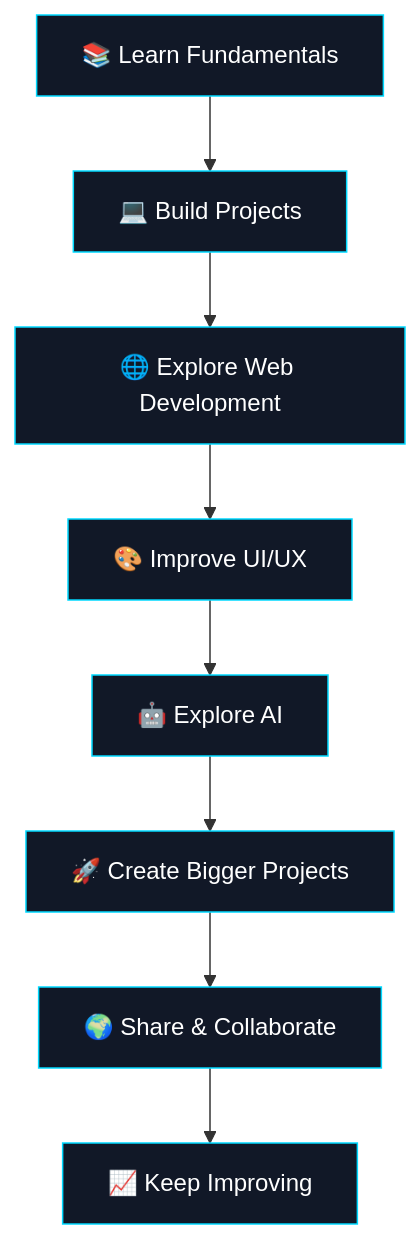
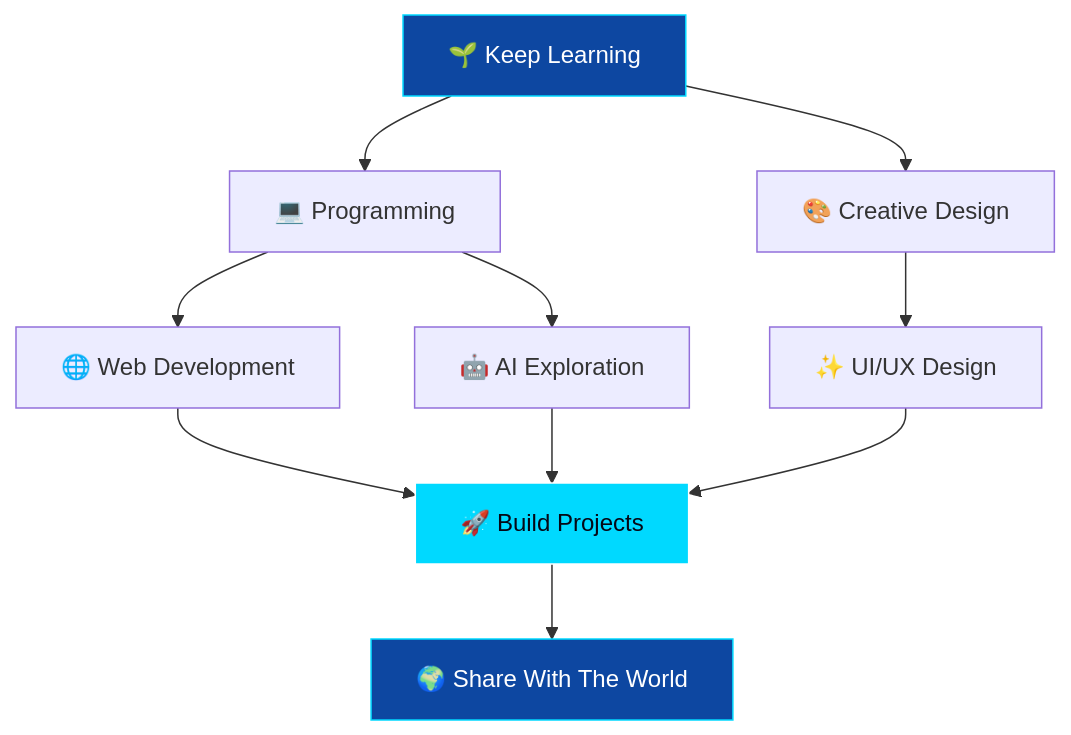
Before and after one commit to reyyanking110/reyyanking110: the diagram in README.md, drawn with Mermaid. The commit also changed other lines of this file, not shown here.

````diff
--- a/README.md
+++ b/README.md
@@ -395,19 +186,15 @@
 ```mermaid
 flowchart TD
-    A["📚 Learn Fundamentals"] --> B["💻 Build Projects"]
-    B --> C["🌐 Explore Web Development"]
-    C --> D["🎨 Improve UI/UX"]
-    D --> E["🤖 Explore AI"]
-    E --> F["🚀 Create Bigger Projects"]
-    F --> G["🌍 Share & Collaborate"]
-    G --> H["📈 Keep Improving"]
-
-    style A fill:#111827,stroke:#00D9FF,color:#FFFFFF
-    style B fill:#111827,stroke:#00D9FF,color:#FFFFFF
-    style C fill:#111827,stroke:#00D9FF,color:#FFFFFF
-    style D fill:#111827,stroke:#00D9FF,color:#FFFFFF
-    style E fill:#111827,stroke:#00D9FF,color:#FFFFFF
-    style F fill:#111827,stroke:#00D9FF,color:#FFFFFF
-    style G fill:#111827,stroke:#00D9FF,color:#FFFFFF
-    style H fill:#111827,stroke:#00D9FF,color:#FFFFFF
+    A["🌱 Keep Learning"] --> B["💻 Programming"]
+    A --> C["🎨 Creative Design"]
+    B --> D["🌐 Web Development"]
+    B --> E["🤖 AI Exploration"]
+    C --> F["✨ UI/UX Design"]
+    D --> G["🚀 Build Projects"]
+    E --> G
+    F --> G
+    G --> H["🌍 Share With The World"]
+    style A fill:#0D47A1,color:#fff,stroke:#00D9FF
+    style G fill:#00D9FF,color:#050816,stroke:#fff
+    style H fill:#0D47A1,color:#fff,stroke:#00D9FF
 ```
````
